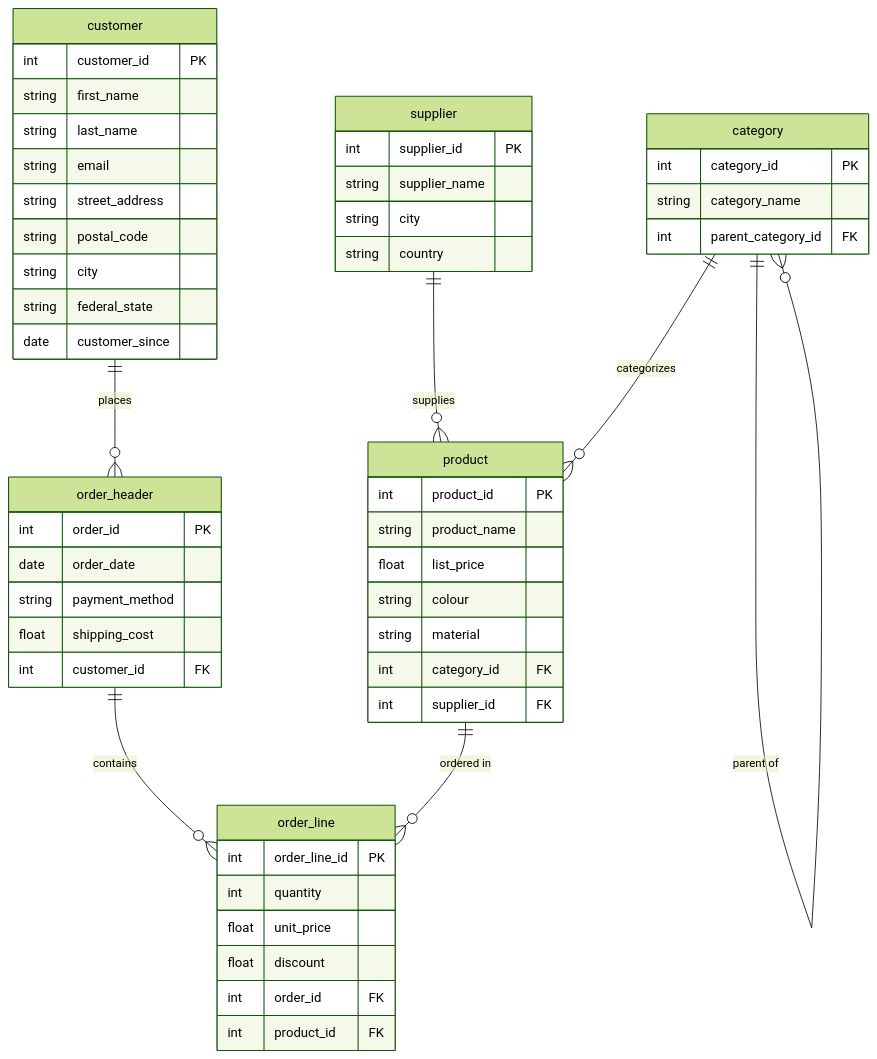
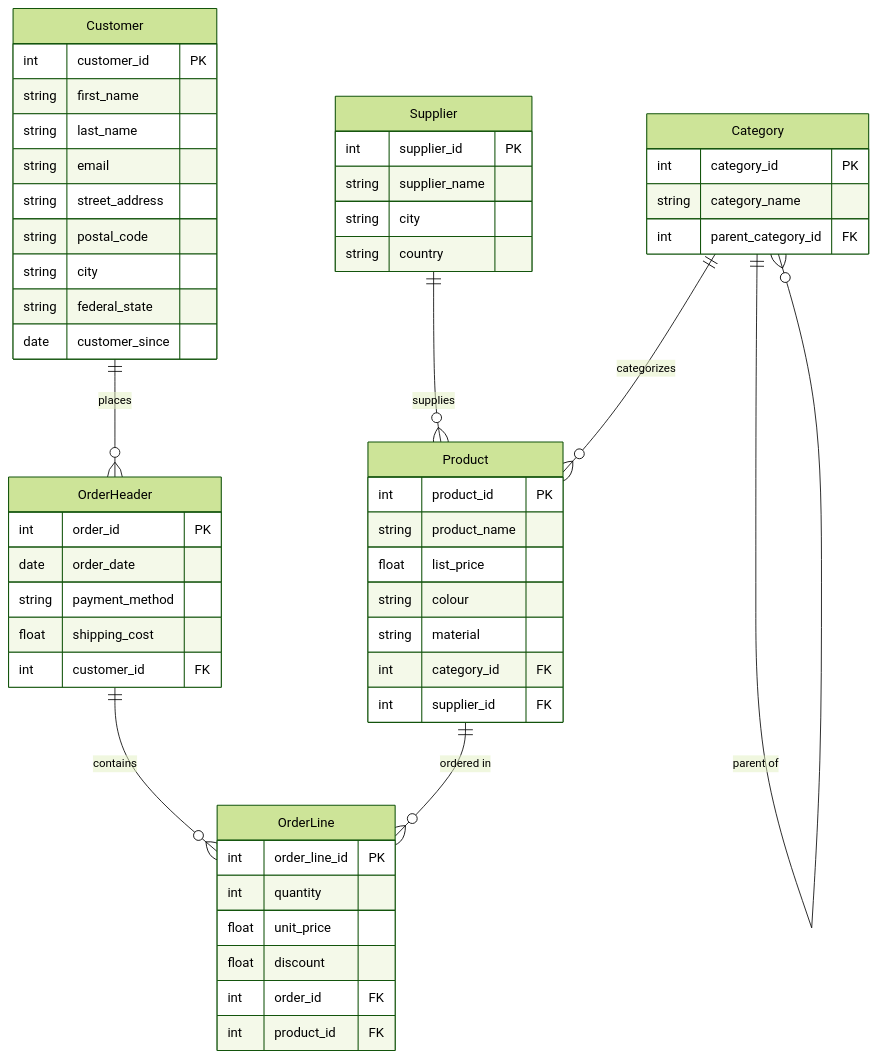
The first of 3 diagrams in online_furniture_data_warehousing/docs/project_documentation.md (pubali512/py_projects), drawn with Mermaid (forest theme) before and after one commit. The commit also changed other lines of this file and 22 other files, not shown here.

````diff
--- a/online_furniture_data_warehousing/docs/project_documentation.md
+++ b/online_furniture_data_warehousing/docs/project_documentation.md
@@ -9,56 +9,56 @@
 ```mermaid
 erDiagram
-    supplier {
+    Supplier {
         int supplier_id PK
         string supplier_name
         string city
         string country
     }
-    category {
+    Category {
         int category_id PK
         string category_name
         int parent_category_id FK
     }
-    product {
+    Product {
         int product_id PK
         string product_name
         float list_price
         string colour
         string material
         int category_id FK
         int supplier_id FK
     }
-    customer {
+    Customer {
         int customer_id PK
         string first_name
         string last_name
         string email
         string street_address
         string postal_code
         string city
         string federal_state
         date customer_since
     }
-    order_header {
+    OrderHeader {
         int order_id PK
         date order_date
         string payment_method
         float shipping_cost
         int customer_id FK
     }
-    order_line {
+    OrderLine {
         int order_line_id PK
         int quantity
         float unit_price
         float discount
         int order_id FK
         int product_id FK
     }
 
-    supplier    ||--o{ product      : "supplies"
-    category    ||--o{ product      : "categorizes"
-    category    ||--o{ category     : "parent of"
-    customer    ||--o{ order_header : "places"
-    order_header ||--o{ order_line  : "contains"
-    product     ||--o{ order_line   : "ordered in"
+    Supplier    ||--o{ Product      : "supplies"
+    Category    ||--o{ Product      : "categorizes"
+    Category    ||--o{ Category     : "parent of"
+    Customer    ||--o{ OrderHeader : "places"
+    OrderHeader ||--o{ OrderLine  : "contains"
+    Product     ||--o{ OrderLine   : "ordered in"
 ```
````
